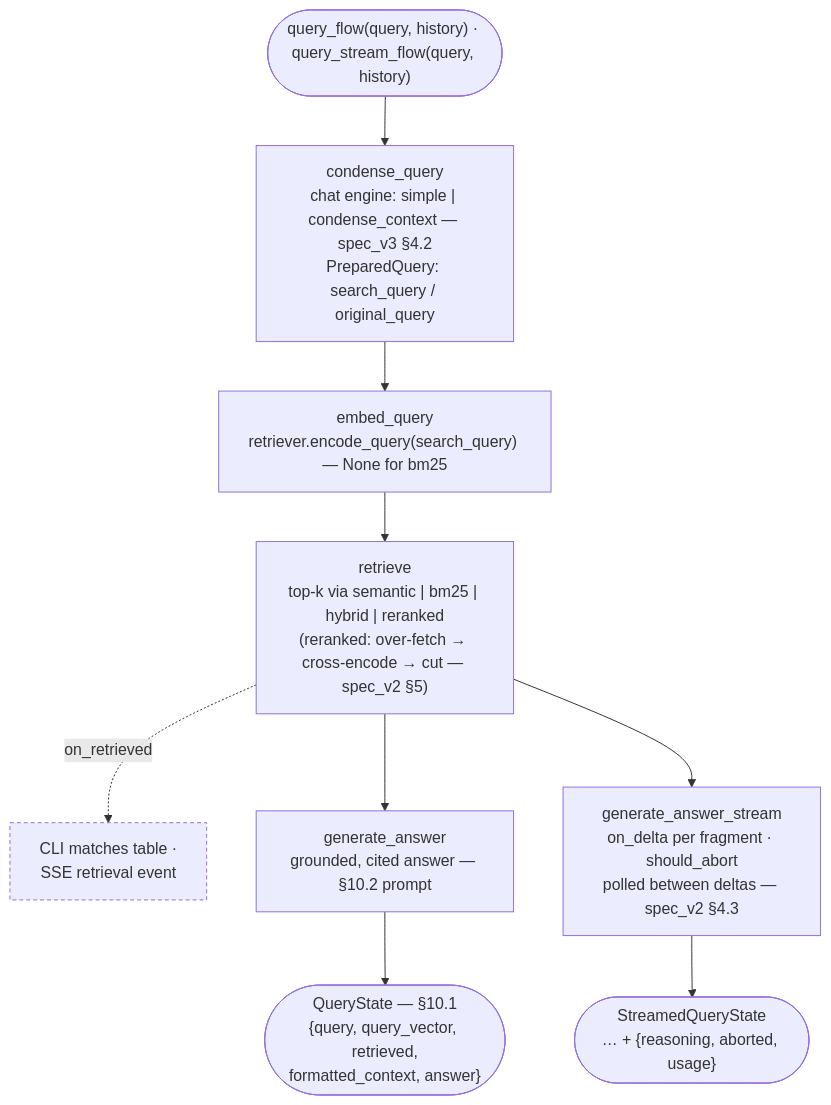
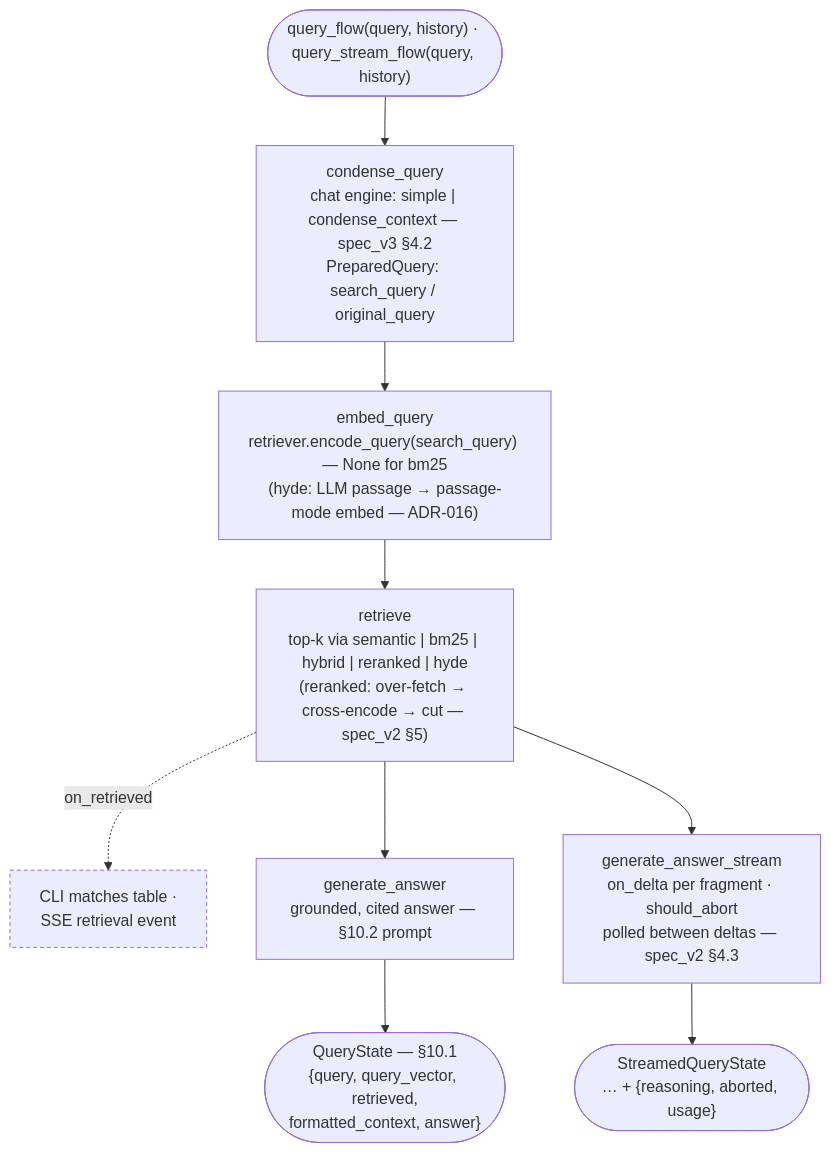
The second of 3 diagrams in golden-docs/pipelines.md (luisegarduno/varagity), drawn with Mermaid before and after one commit. The commit also changed other lines of this file and 29 other files, not shown here.

````diff
--- a/golden-docs/pipelines.md
+++ b/golden-docs/pipelines.md
@@ -143,14 +143,14 @@
 ```mermaid
 flowchart TB
     start(["query_flow(query, history) · query_stream_flow(query, history)"]) --> condense["condense_query<br/>chat engine: simple | condense_context — spec_v3 §4.2<br/>PreparedQuery: search_query / original_query"]
-    condense --> embed["embed_query<br/>retriever.encode_query(search_query) — None for bm25"]
-    embed --> retrieve["retrieve<br/>top-k via semantic | bm25 | hybrid | reranked<br/>(reranked: over-fetch → cross-encode → cut — spec_v2 §5)"]
+    condense --> embed["embed_query<br/>retriever.encode_query(search_query) — None for bm25<br/>(hyde: LLM passage → passage-mode embed — ADR-016)"]
+    embed --> retrieve["retrieve<br/>top-k via semantic | bm25 | hybrid | reranked | hyde<br/>(reranked: over-fetch → cross-encode → cut — spec_v2 §5)"]
     retrieve -.->|on_retrieved| hook["CLI matches table ·<br/>SSE retrieval event"]
     retrieve --> generate["generate_answer<br/>grounded, cited answer — §10.2 prompt"]
     retrieve --> generate_s["generate_answer_stream<br/>on_delta per fragment · should_abort<br/>polled between deltas — spec_v2 §4.3"]
     generate --> state(["QueryState — §10.1<br/>{query, query_vector, retrieved,<br/>formatted_context, answer}"])
     generate_s --> state_s(["StreamedQueryState<br/>… + {reasoning, aborted, usage}"])
 
     classDef sidecar stroke-dasharray:4 3;
     class hook sidecar;
 ```
````
